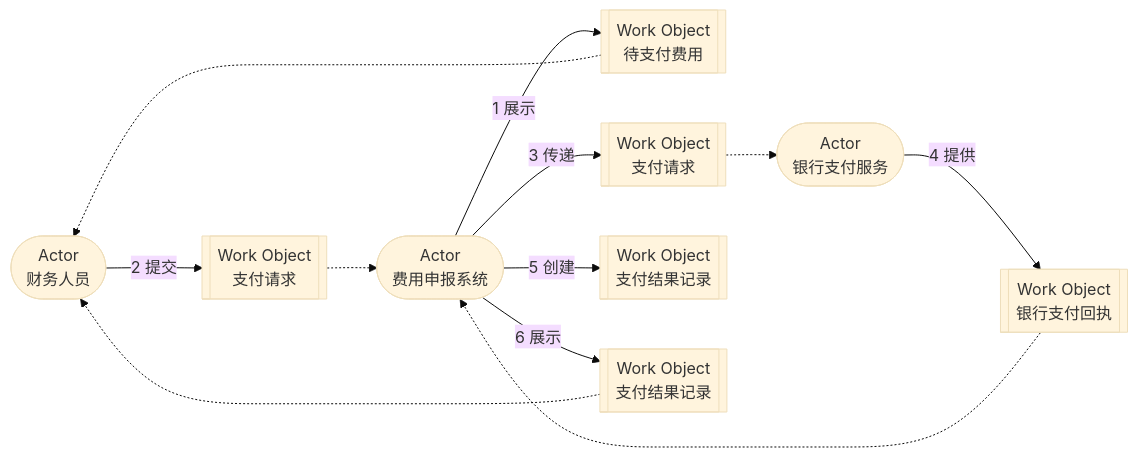
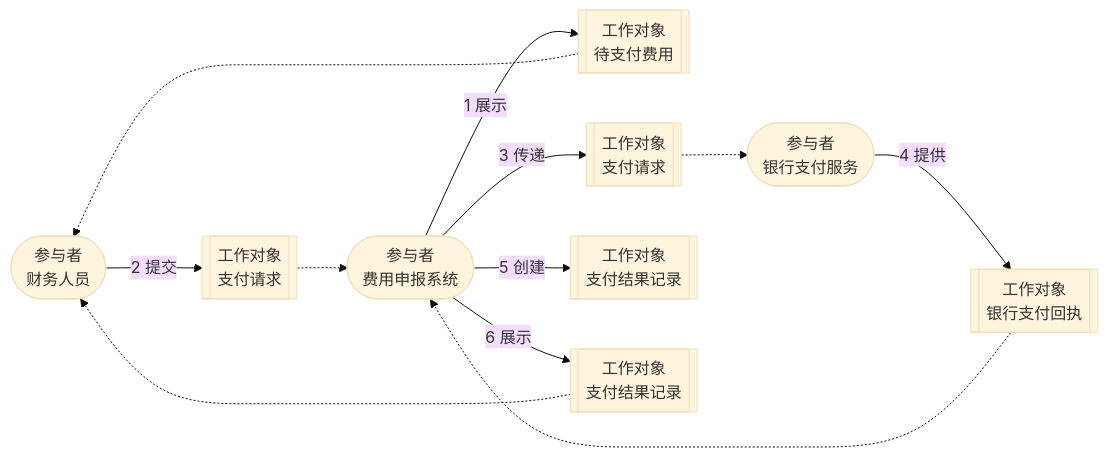
Before and after one commit to sealday/tego-arch: the diagram in content/modeling/mod-10-domain-storytelling.mdx, drawn with Mermaid (base theme). The commit also changed other lines of this file and 68 other files, not shown here.

Commit message:
refactor(content): standardize architecture terminology

````diff
--- a/content/modeling/mod-10-domain-storytelling.mdx
+++ b/content/modeling/mod-10-domain-storytelling.mdx
@@ -103,23 +106,23 @@
 ```mermaid
 flowchart LR
-  finance_actor(["Actor<br/>财务人员"])
-  expense_actor(["Actor<br/>费用申报系统"])
-  bank_actor(["Actor<br/>银行支付服务"])
-  pending_object[["Work Object<br/>待支付费用"]]
-  request_submit_object[["Work Object<br/>支付请求"]]
-  request_transfer_object[["Work Object<br/>支付请求"]]
-  receipt_object[["Work Object<br/>银行支付回执"]]
-  result_create_object[["Work Object<br/>支付结果记录"]]
-  result_view_object[["Work Object<br/>支付结果记录"]]
+  finance_actor(["参与者<br/>财务人员"])
+  expense_actor(["参与者<br/>费用申报系统"])
+  bank_actor(["参与者<br/>银行支付服务"])
+  pending_object[["工作对象<br/>待支付费用"]]
+  request_submit_object[["工作对象<br/>支付请求"]]
+  request_transfer_object[["工作对象<br/>支付请求"]]
+  receipt_object[["工作对象<br/>银行支付回执"]]
+  result_create_object[["工作对象<br/>支付结果记录"]]
+  result_view_object[["工作对象<br/>支付结果记录"]]
   expense_actor -->|"1 展示"| pending_object
   pending_object -.-> finance_actor
   finance_actor -->|"2 提交"| request_submit_object
   request_submit_object -.-> expense_actor
   expense_actor -->|"3 传递"| request_transfer_object
   request_transfer_object -.-> bank_actor
   bank_actor -->|"4 提供"| receipt_object
   receipt_object -.-> expense_actor
   expense_actor -->|"5 创建"| result_create_object
   expense_actor -->|"6 展示"| result_view_object
   result_view_object -.-> finance_actor
 ```
````
